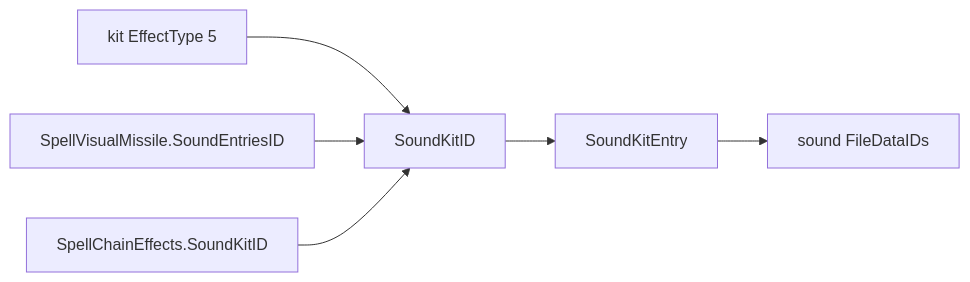
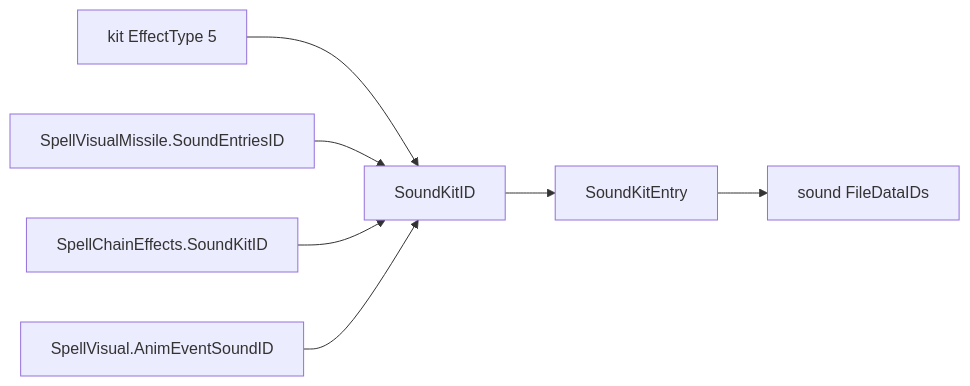
Before and after one commit to Natans8/Epsilook: the sixth of 14 diagrams in DATA_ROUTES.md, drawn with Mermaid. The commit also changed other lines of this file and 12 other files, not shown here.

````diff
--- a/DATA_ROUTES.md
+++ b/DATA_ROUTES.md
@@ -239,7 +265,8 @@
 ```mermaid
 flowchart LR
   K5["kit EffectType 5"] --> SKID["SoundKitID"]
   MSND["SpellVisualMissile.SoundEntriesID"] --> SKID
   CSND["SpellChainEffects.SoundKitID"] --> SKID
+  AESND["SpellVisual.AnimEventSoundID"] --> SKID
   SKID --> SKE["SoundKitEntry"] --> FID["sound FileDataIDs"]
 ```
````
